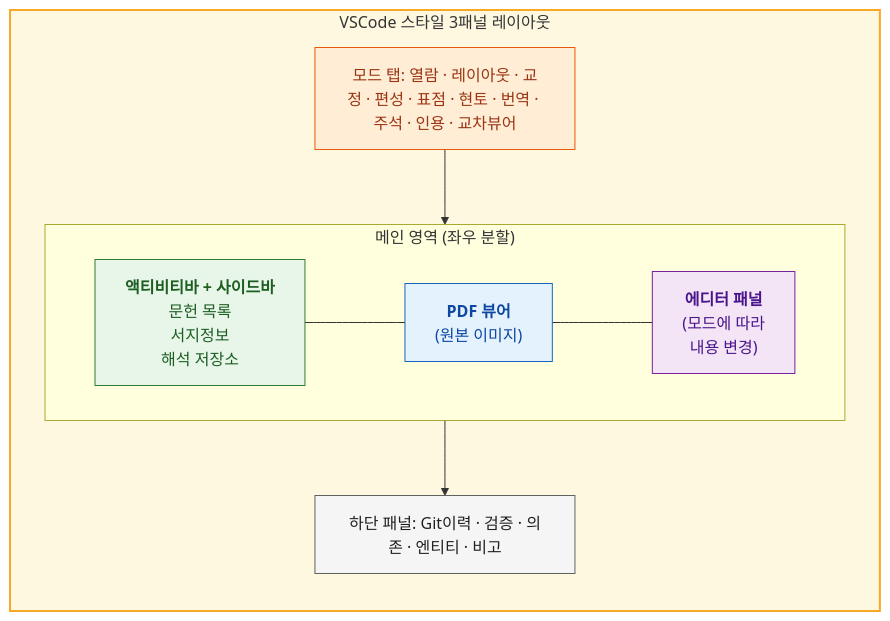
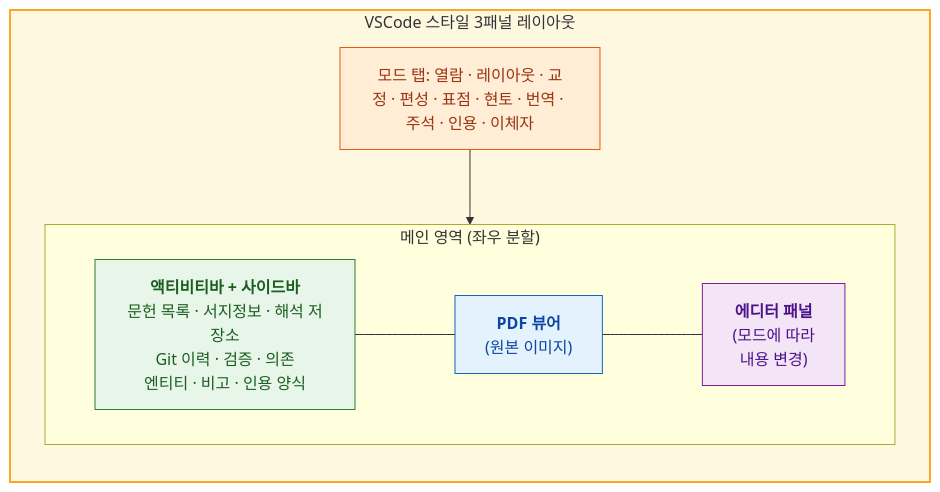
Before and after one commit to hw725/classical-text-browser: the second of 2 diagrams in docs/user-guide.md, drawn with Mermaid. The commit also changed other lines of this file and 4 other files, not shown here.

````diff
--- a/docs/user-guide.md
+++ b/docs/user-guide.md
@@ -157,26 +157,23 @@
 ```mermaid
 flowchart TB
   subgraph layout["VSCode 스타일 3패널 레이아웃"]
     direction TB
-    modetab["모드 탭: 열람 · 레이아웃 · 교정 · 편성 · 표점 · 현토 · 번역 · 주석 · 인용 · 교차뷰어"]
+    modetab["모드 탭: 열람 · 레이아웃 · 교정 · 편성 · 표점 · 현토 · 번역 · 주석 · 인용 · 이체자"]
 
     subgraph main["메인 영역 (좌우 분할)"]
       direction LR
-      sidebar["<b>액티비티바 + 사이드바</b><br/>문헌 목록<br/>서지정보<br/>해석 저장소"]
+      sidebar["<b>액티비티바 + 사이드바</b><br/>문헌 목록 · 서지정보 · 해석 저장소<br/>Git 이력 · 검증 · 의존<br/>엔티티 · 비고 · 인용 양식"]
       pdf["<b>PDF 뷰어</b><br/>(원본 이미지)"]
       editor["<b>에디터 패널</b><br/>(모드에 따라<br/>내용 변경)"]
       sidebar --- pdf --- editor
     end
 
-    bottom["하단 패널: Git이력 · 검증 · 의존 · 엔티티 · 비고"]
-
-    modetab --> main --> bottom
+    modetab --> main
   end
 
   style layout fill:#fff8e1,stroke:#f9a825,stroke-width:2px
   style modetab fill:#ffedd5,stroke:#ea580c,color:#9a3412
   style sidebar fill:#e8f5e9,stroke:#2e7d32,color:#1b5e20
   style pdf fill:#e3f2fd,stroke:#1565c0,color:#0d47a1
   style editor fill:#f3e5f5,stroke:#7b1fa2,color:#4a148c
-  style bottom fill:#f5f5f5,stroke:#616161,color:#212121
 ```
````
